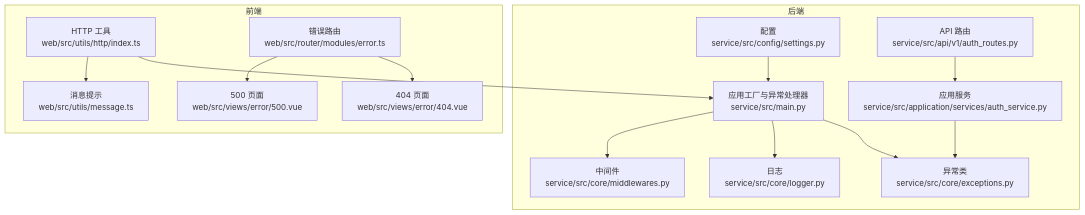
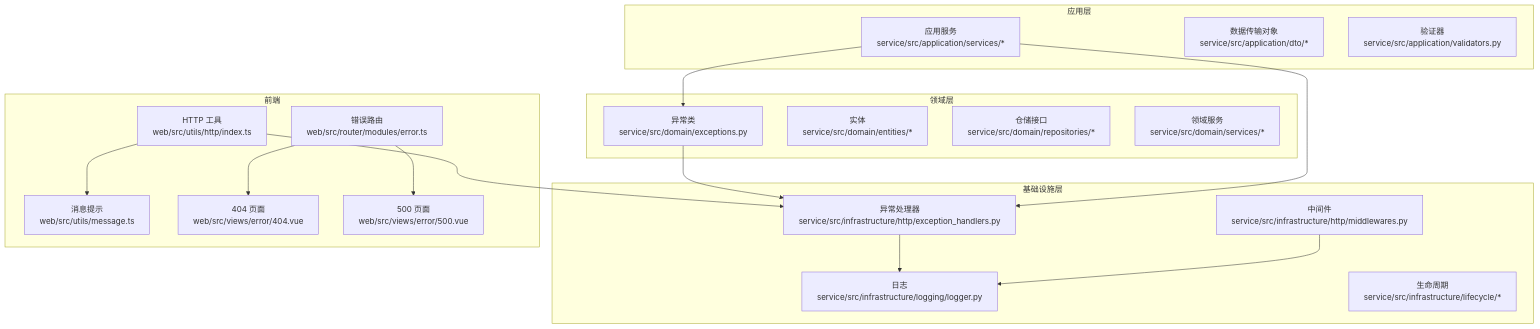
One commit to taoweidong/Hello-FastApi changed the first of 8 diagrams in .qoder/repowiki/zh/content/项目概述/核心特性/异常处理.md. Above: the diagram before and after it, drawn with Mermaid. The commit also changed other lines of this file and 22 other files, not shown here.

````diff
--- a/.qoder/repowiki/zh/content/项目概述/核心特性/异常处理.md
+++ b/.qoder/repowiki/zh/content/项目概述/核心特性/异常处理.md
@@ -45,29 +54,36 @@
 ```mermaid
 graph TB
-subgraph "后端"
-EXC["异常类<br/>service/src/core/exceptions.py"]
-MID["中间件<br/>service/src/core/middlewares.py"]
-LOG["日志<br/>service/src/core/logger.py"]
-MAIN["应用工厂与异常处理器<br/>service/src/main.py"]
-CFG["配置<br/>service/src/config/settings.py"]
-SVC["应用服务<br/>service/src/application/services/auth_service.py"]
-API["API 路由<br/>service/src/api/v1/auth_routes.py"]
+subgraph "领域层"
+EXC["异常类<br/>service/src/domain/exceptions.py"]
+END["实体<br/>service/src/domain/entities/*"]
+REP["仓储接口<br/>service/src/domain/repositories/*"]
+SER["领域服务<br/>service/src/domain/services/*"]
+end
+subgraph "基础设施层"
+EXCH["异常处理器<br/>service/src/infrastructure/http/exception_handlers.py"]
+MID["中间件<br/>service/src/infrastructure/http/middlewares.py"]
+LOG["日志<br/>service/src/infrastructure/logging/logger.py"]
+LIFE["生命周期<br/>service/src/infrastructure/lifecycle/*"]
+end
+subgraph "应用层"
+SVC["应用服务<br/>service/src/application/services/*"]
+DTO["数据传输对象<br/>service/src/application/dto/*"]
+VALID["验证器<br/>service/src/application/validators.py"]
 end
 subgraph "前端"
 HTTP["HTTP 工具<br/>web/src/utils/http/index.ts"]
 MSG["消息提示<br/>web/src/utils/message.ts"]
 ERR404["404 页面<br/>web/src/views/error/404.vue"]
 ERR500["500 页面<br/>web/src/views/error/500.vue"]
 ROUTEERR["错误路由<br/>web/src/router/modules/error.ts"]
 end
+EXC --> EXCH
+EXCH --> LOG
+MID --> LOG
 SVC --> EXC
-API --> SVC
-MAIN --> EXC
-MAIN --> LOG
-MAIN --> MID
-CFG --> MAIN
-HTTP --> MAIN
+SVC --> EXCH
+HTTP --> EXCH
 HTTP --> MSG
 ROUTEERR --> ERR404
 ROUTEERR --> ERR500
 ```
````
